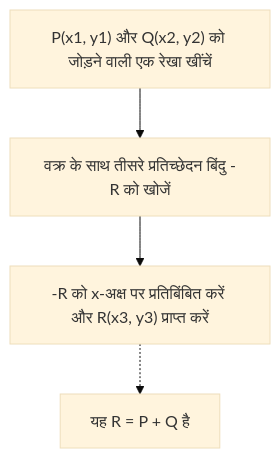
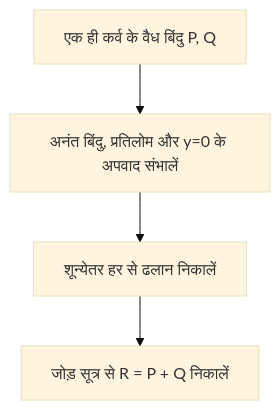
The first of 3 diagrams in content/post/楕円曲線暗号の数学的基礎とcppでの実装/index.hi.md (kenjinote/blog), drawn with Mermaid (base theme) before and after one commit. The commit also changed other lines of this file and 6 other files, not shown here.

````diff
--- a/content/post/楕円曲線暗号の数学的基礎とcppでの実装/index.hi.md
+++ b/content/post/楕円曲線暗号の数学的基礎とcppでの実装/index.hi.md
@@ -113,6 +81,6 @@
 ```mermaid
 graph TD
-    Step1["P(x1, y1) और Q(x2, y2) को जोड़ने वाली एक रेखा खींचें"] --> Step2["वक्र के साथ तीसरे प्रतिच्छेदन बिंदु -R को खोजें"]
-    Step2 --> Step3["-R को x-अक्ष पर प्रतिबिंबित करें और R(x3, y3) प्राप्त करें"]
-    Step3 -.-> Result["यह R = P + Q है"]
+    A["एक ही कर्व के वैध बिंदु P, Q"] --> B["अनंत बिंदु, प्रतिलोम और y=0 के अपवाद संभालें"]
+    B --> C["शून्येतर हर से ढलान निकालें"]
+    C --> D["जोड़ सूत्र से R = P + Q निकालें"]
 ```
````
